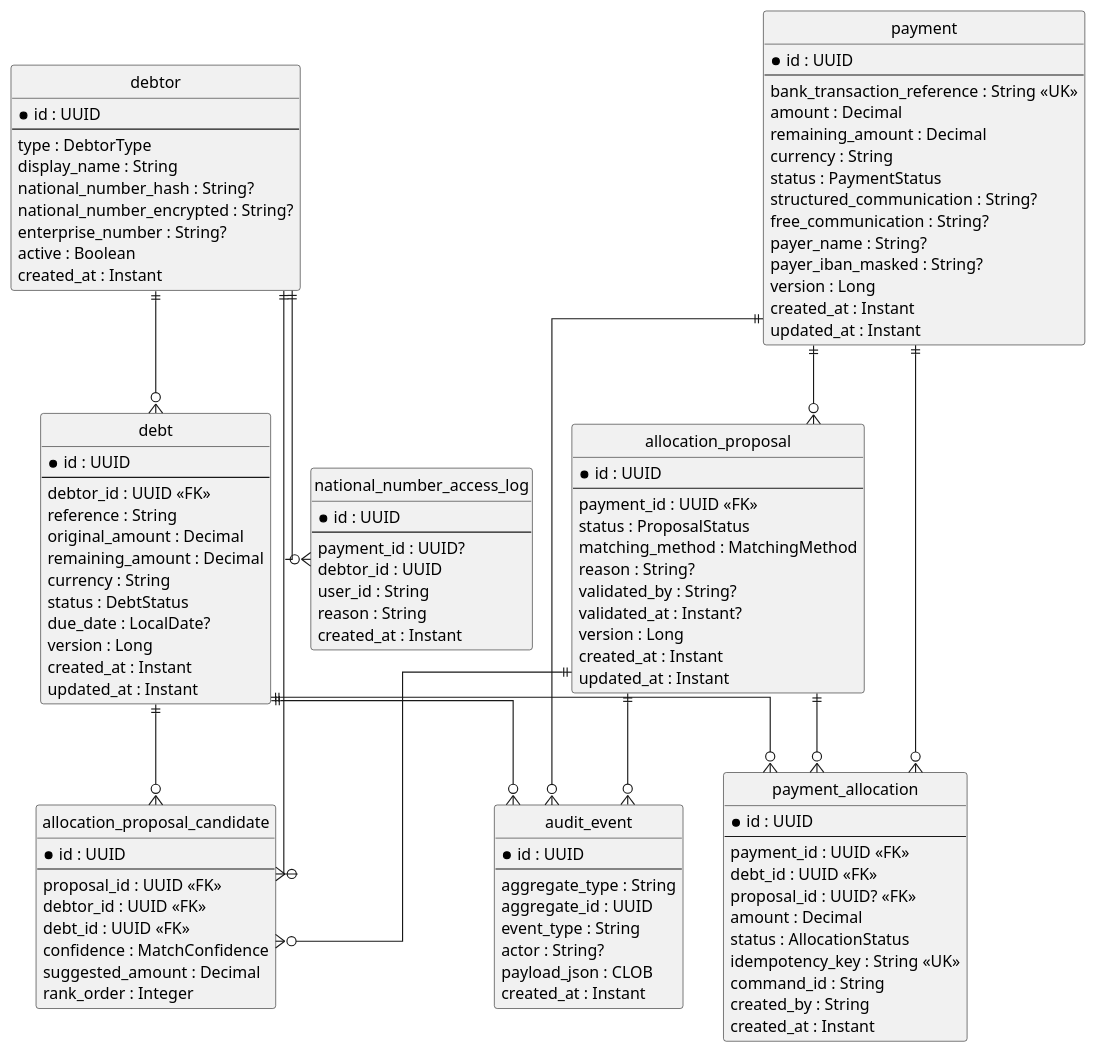
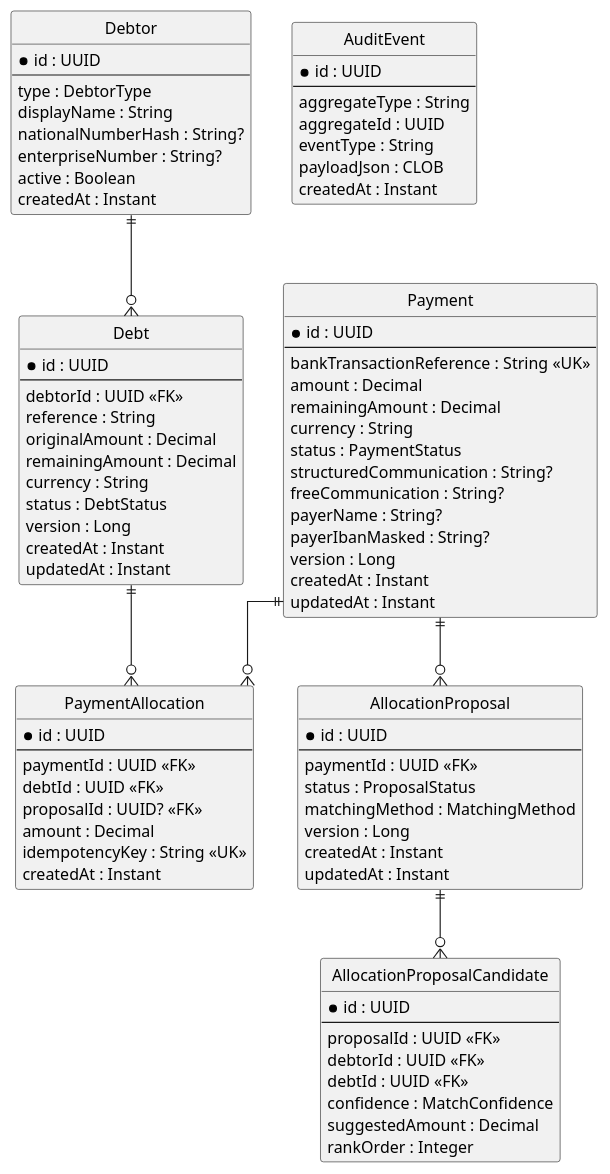
The first of 4 diagrams in .opencode/plans/architecture-plan.md (jfmauro/allocation), drawn with PlantUML before and after one commit. The commit also changed other lines of this file and 145 other files, not shown here.

````diff
--- a/.opencode/plans/architecture-plan.md
+++ b/.opencode/plans/architecture-plan.md
@@ -31,121 +35,95 @@
 hide circle
 skinparam linetype ortho
 
-entity "payment" as payment {
-  * id : UUID
-  --
-  bank_transaction_reference : String <<UK>>
-  amount : Decimal
-  remaining_amount : Decimal
-  currency : String
-  status : PaymentStatus
-  structured_communication : String?
-  free_communication : String?
-  payer_name : String?
-  payer_iban_masked : String?
-  version : Long
-  created_at : Instant
-  updated_at : Instant
-}
-
-entity "debtor" as debtor {
+entity Debtor {
   * id : UUID
   --
   type : DebtorType
-  display_name : String
-  national_number_hash : String?
-  national_number_encrypted : String?
-  enterprise_number : String?
+  displayName : String
+  nationalNumberHash : String?
+  enterpriseNumber : String?
   active : Boolean
-  created_at : Instant
+  createdAt : Instant
 }
 
-entity "debt" as debt {
+entity Debt {
   * id : UUID
   --
-  debtor_id : UUID <<FK>>
+  debtorId : UUID <<FK>>
   reference : String
-  original_amount : Decimal
-  remaining_amount : Decimal
+  originalAmount : Decimal
+  remainingAmount : Decimal
   currency : String
   status : DebtStatus
-  due_date : LocalDate?
   version : Long
-  created_at : Instant
-  updated_at : Instant
+  createdAt : Instant
+  updatedAt : Instant
 }
 
-entity "allocation_proposal" as proposal {
+entity Payment {
   * id : UUID
   --
-  payment_id : UUID <<FK>>
-  status : ProposalStatus
-  matching_method : MatchingMethod
-  reason : String?
-  validated_by : String?
-  validated_at : Instant?
+  bankTransactionReference : String <<UK>>
+  amount : Decimal
+  remainingAmount : Decimal
+  currency : String
+  status : PaymentStatus
+  structuredCommunication : String?
+  freeCommunication : String?
+  payerName : String?
+  payerIbanMasked : String?
   version : Long
-  created_at : Instant
-  updated_at : Instant
+  createdAt : Instant
+  updatedAt : Instant
 }
 
-entity "allocation_proposal_candidate" as candidate {
+entity AllocationProposal {
   * id : UUID
   --
-  proposal_id : UUID <<FK>>
-  debtor_id : UUID <<FK>>
-  debt_id : UUID <<FK>>
-  confidence : MatchConfidence
-  suggested_amount : Decimal
-  rank_order : Integer
+  paymentId : UUID <<FK>>
+  status : ProposalStatus
+  matchingMethod : MatchingMethod
+  version : Long
+  createdAt : Instant
+  updatedAt : Instant
 }
 
-entity "payment_allocation" as allocation {
+entity AllocationProposalCandidate {
   * id : UUID
   --
-  payment_id : UUID <<FK>>
-  debt_id : UUID <<FK>>
-  proposal_id : UUID? <<FK>>
-  amount : Decimal
-  status : AllocationStatus
-  idempotency_key : String <<UK>>
-  command_id : String
-  created_by : String
-  created_at : Instant
+  proposalId : UUID <<FK>>
+  debtorId : UUID <<FK>>
+  debtId : UUID <<FK>>
+  confidence : MatchConfidence
+  suggestedAmount : Decimal
+  rankOrder : Integer
 }
 
-entity "audit_event" as audit {
+entity PaymentAllocation {
   * id : UUID
   --
-  aggregate_type : String
-  aggregate_id : UUID
-  event_type : String
-  actor : String?
-  payload_json : CLOB
-  created_at : Instant
+  paymentId : UUID <<FK>>
+  debtId : UUID <<FK>>
+  proposalId : UUID? <<FK>>
+  amount : Decimal
+  idempotencyKey : String <<UK>>
+  createdAt : Instant
 }
 
-entity "national_number_access_log" as nisslog {
+entity AuditEvent {
   * id : UUID
   --
-  payment_id : UUID?
-  debtor_id : UUID
-  user_id : String
-  reason : String
-  created_at : Instant
+  aggregateType : String
+  aggregateId : UUID
+  eventType : String
+  payloadJson : CLOB
+  createdAt : Instant
 }
 
-debtor ||--o{ debt
-payment ||--o{ proposal
-proposal ||--o{ candidate
-debtor ||--o{ candidate
-debt ||--o{ candidate
-payment ||--o{ allocation
-debt ||--o{ allocation
-proposal ||--o{ allocation
-payment ||--o{ audit
-debt ||--o{ audit
-proposal ||--o{ audit
-debtor ||--o{ nisslog
+Debtor ||--o{ Debt
+Payment ||--o{ AllocationProposal
+AllocationProposal ||--o{ AllocationProposalCandidate
+Payment ||--o{ PaymentAllocation
+Debt ||--o{ PaymentAllocation
 @enduml
 ```
````
